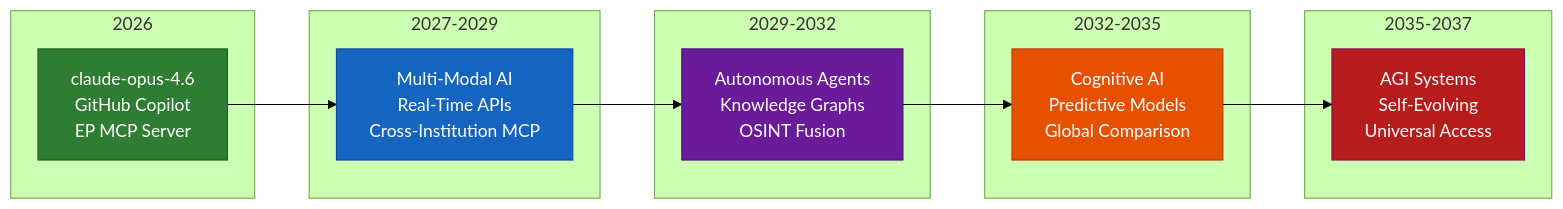
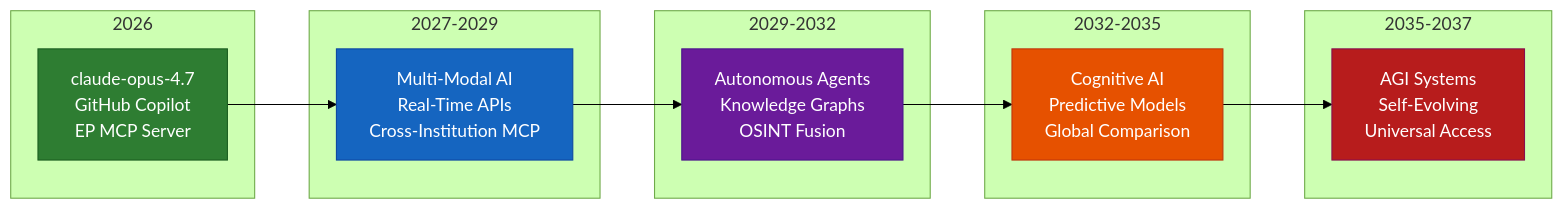
One commit to Hack23/euparliamentmonitor changed diagram 11 of 11 in FUTURE_WORKFLOWS.md. Above: the diagram before and after it, drawn with Mermaid (forest theme). The commit also changed other lines of this file and 50 other files, not shown here.

First line of the commit message:
chore: upgrade all agentic workflows from Claude Opus 4.6 to 4.7

````diff
--- a/FUTURE_WORKFLOWS.md
+++ b/FUTURE_WORKFLOWS.md
@@ -1102,30 +1102,30 @@
 ```mermaid
 flowchart LR
     subgraph "2026"
-        T1["claude-opus-4.6<br/>GitHub Copilot<br/>EP MCP Server"]
+        T1["claude-opus-4.7<br/>GitHub Copilot<br/>EP MCP Server"]
     end
 
     subgraph "2027-2029"
         T2["Multi-Modal AI<br/>Real-Time APIs<br/>Cross-Institution MCP"]
     end
 
     subgraph "2029-2032"
         T3["Autonomous Agents<br/>Knowledge Graphs<br/>OSINT Fusion"]
     end
 
     subgraph "2032-2035"
         T4["Cognitive AI<br/>Predictive Models<br/>Global Comparison"]
     end
 
     subgraph "2035-2037"
         T5["AGI Systems<br/>Self-Evolving<br/>Universal Access"]
     end
 
     T1 --> T2 --> T3 --> T4 --> T5
 
     style T1 fill:#2E7D32,stroke:#1B5E20,color:#FFFFFF
     style T2 fill:#1565C0,stroke:#0D47A1,color:#FFFFFF
     style T3 fill:#6A1B9A,stroke:#4A148C,color:#FFFFFF
     style T4 fill:#E65100,stroke:#BF360C,color:#FFFFFF
     style T5 fill:#B71C1C,stroke:#880E4F,color:#FFFFFF
 ```
````
